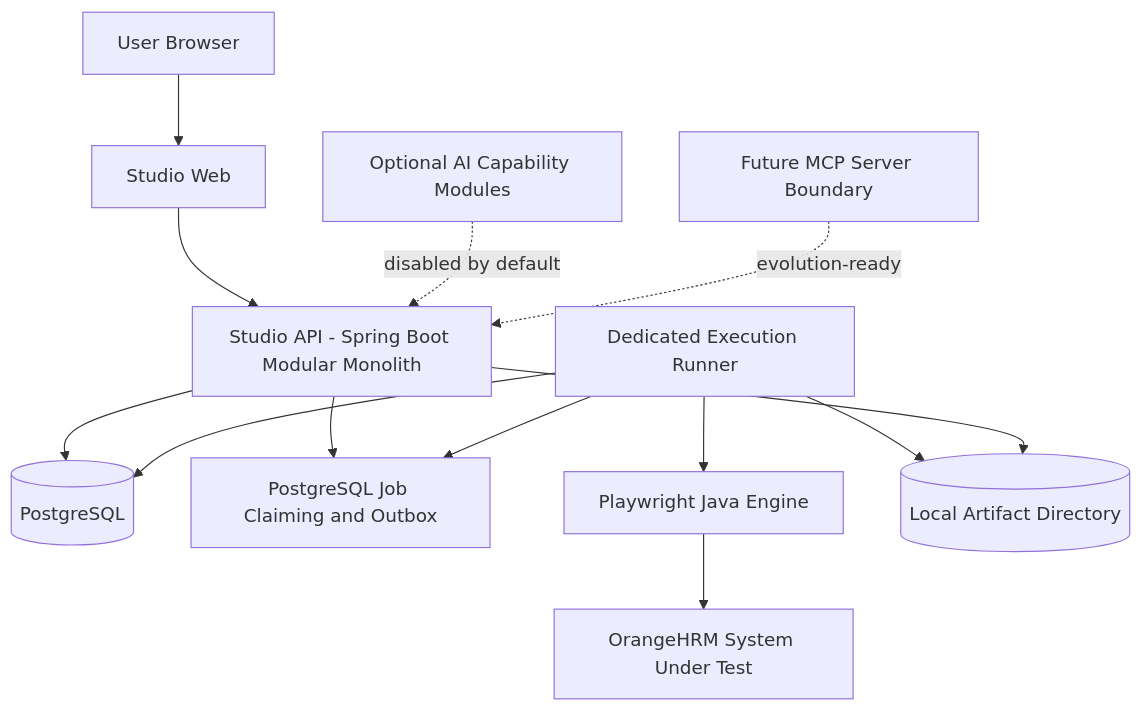
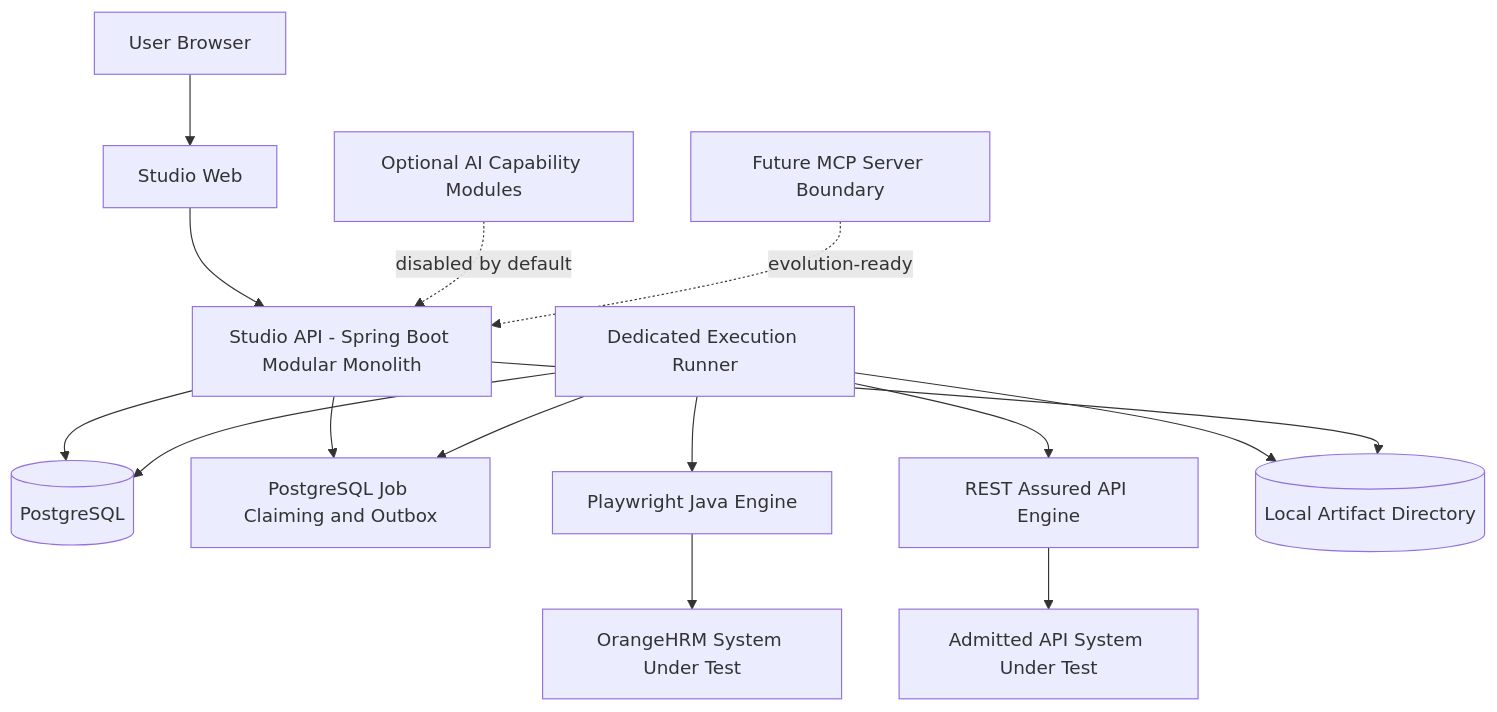
Before and after one commit to niteshcodespace/automation-studio: the first of 2 diagrams in docs/architecture/deployment.md, drawn with Mermaid. The commit also changed other lines of this file and 9 other files, not shown here.

Commit message:
test(engine): complete REST Assured feature verification (AS-029F)

````diff
--- a/docs/architecture/deployment.md
+++ b/docs/architecture/deployment.md
@@ -36,16 +36,18 @@
 ```mermaid
 flowchart TB
     User[User Browser] --> Web[Studio Web]
     Web --> Api[Studio API - Spring Boot Modular Monolith]
     Api --> Db[(PostgreSQL)]
     Api --> Jobs[PostgreSQL Job Claiming and Outbox]
     Runner[Dedicated Execution Runner] --> Jobs
     Runner --> Db
     Runner --> Playwright[Playwright Java Engine]
+    Runner --> RestAssured[REST Assured API Engine]
     Playwright --> Sut[OrangeHRM System Under Test]
+    RestAssured --> ApiSut[Admitted API System Under Test]
     Runner --> Files[(Local Artifact Directory)]
     Api --> Files
 
     Ai[Optional AI Capability Modules] -. disabled by default .-> Api
     Mcp[Future MCP Server Boundary] -. evolution-ready .-> Api
 ```
````
